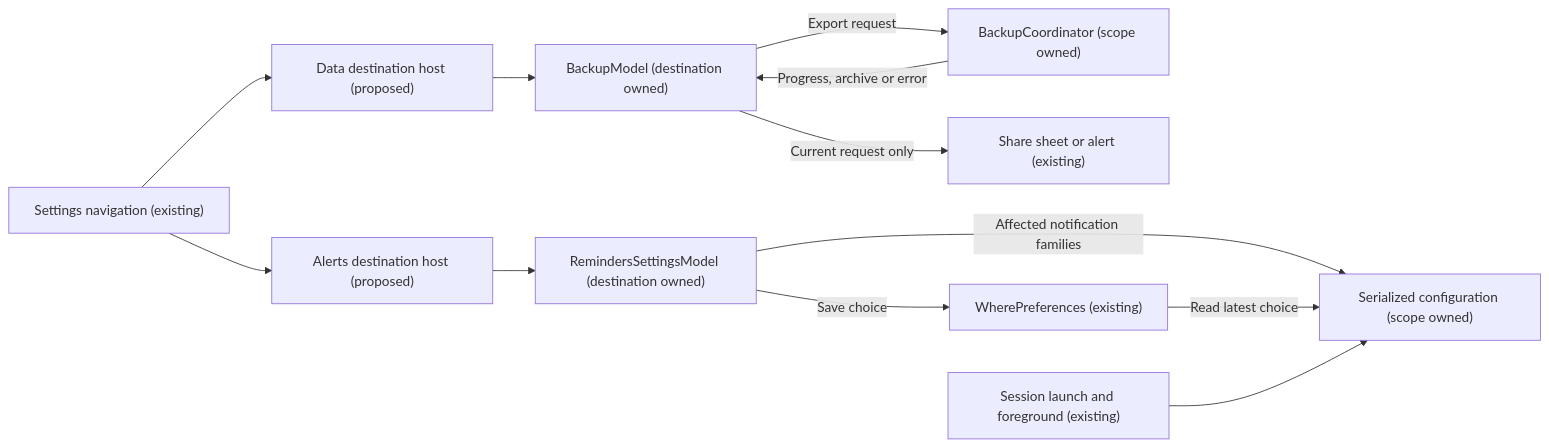
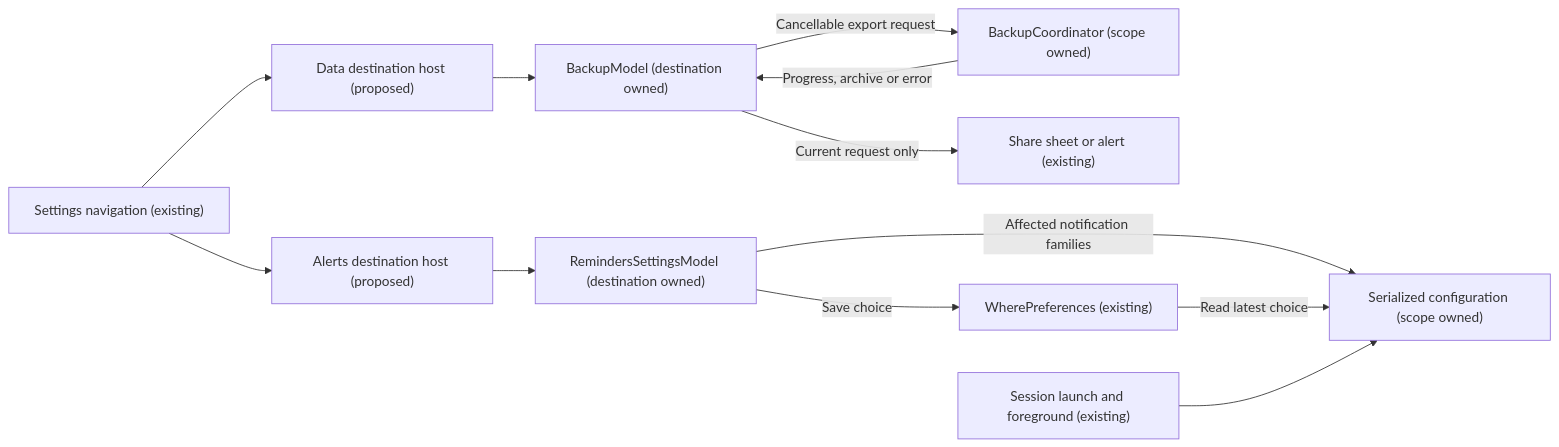
One commit to kyleve/Stuff changed the diagram in Plans/2026-11-27-where-observable-lifetimes/01-settings-destinations.md. Above: the diagram before and after it, drawn with Mermaid. The commit also changed other lines of this file and 7 other files, not shown here.

````diff
--- a/Plans/2026-11-27-where-observable-lifetimes/01-settings-destinations.md
+++ b/Plans/2026-11-27-where-observable-lifetimes/01-settings-destinations.md
@@ -26,14 +26,14 @@
 ```mermaid
 flowchart LR
     S["Settings navigation (existing)"] --> D["Data destination host (proposed)"]
     S --> A["Alerts destination host (proposed)"]
     D --> B["BackupModel (destination owned)"]
-    B -->|Export request| C["BackupCoordinator (scope owned)"]
+    B -->|Cancellable export request| C["BackupCoordinator (scope owned)"]
     C -->|Progress, archive or error| B
     B -->|"Current request only"| U["Share sheet or alert (existing)"]
     A --> R["RemindersSettingsModel (destination owned)"]
     R -->|Save choice| P["WherePreferences (existing)"]
     R -->|Affected notification families| N["Serialized configuration (scope owned)"]
     P -->|Read latest choice| N
     F["Session launch and foreground (existing)"] --> N
 ```
````
